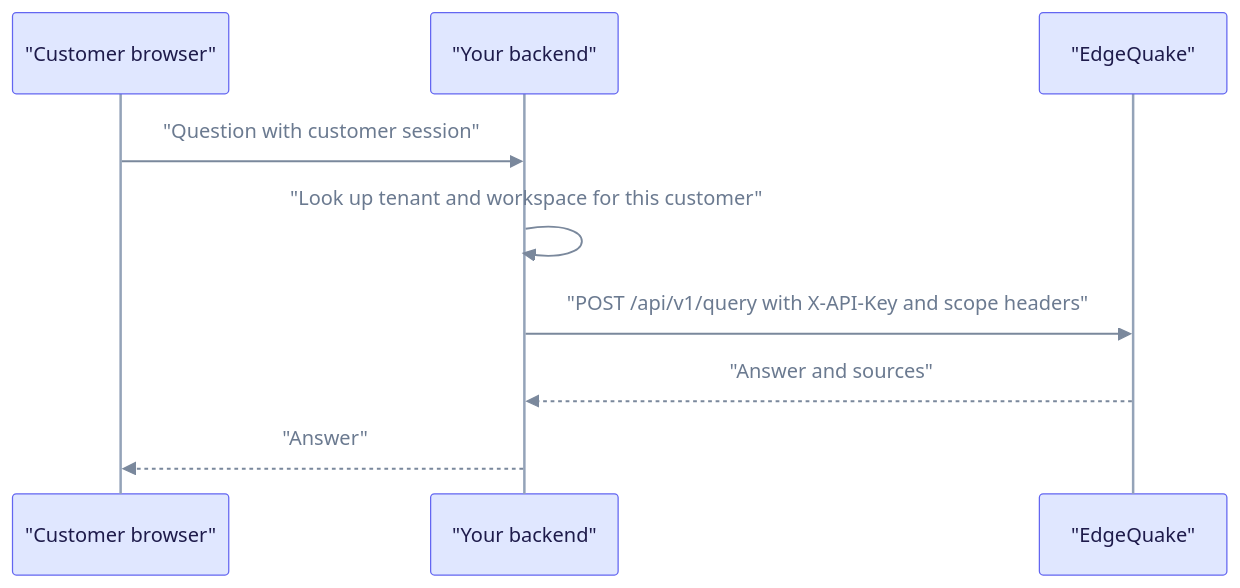
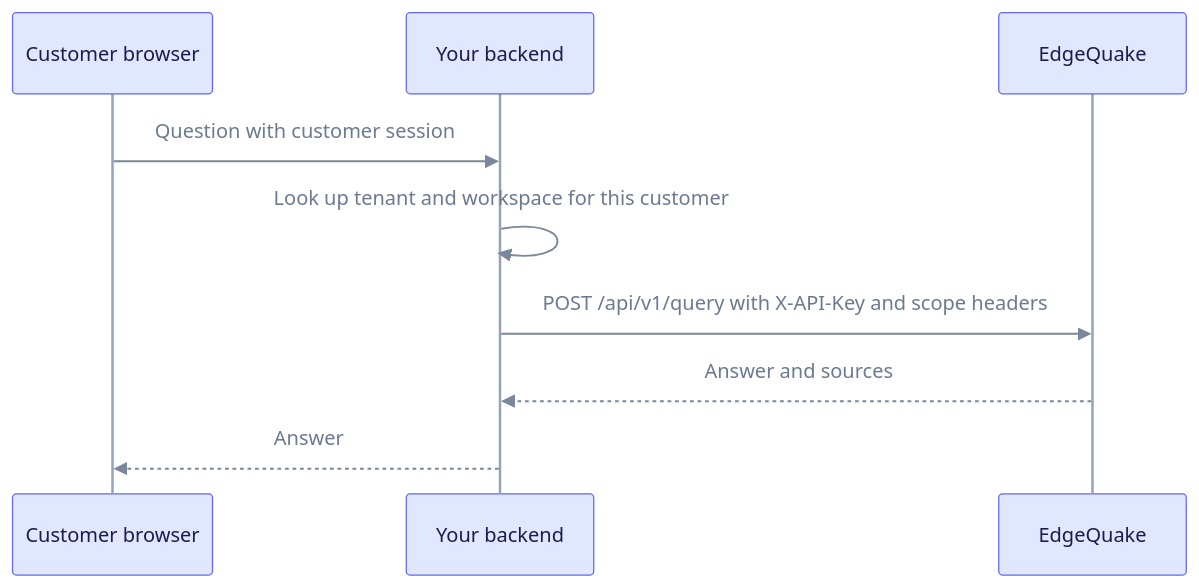
The fourth of 4 diagrams in docs/tutorials/multi-tenant.md (raphaelmansuy/edgequake), drawn with Mermaid before and after one commit. The commit also changed other lines of this file and 194 other files, not shown here.

First line of the commit message:
Refresh docs against code and rebuild schema E/R as progressive steps

````diff
--- a/docs/tutorials/multi-tenant.md
+++ b/docs/tutorials/multi-tenant.md
@@ -202,13 +206,13 @@
 ```mermaid
 %%{init: {"theme":"base","themeVariables":{"primaryColor":"#E0E7FF","primaryBorderColor":"#6366F1","primaryTextColor":"#1E1B4B","secondaryColor":"#D1FAE5","secondaryBorderColor":"#10B981","secondaryTextColor":"#064E3B","tertiaryColor":"#FEF3C7","tertiaryBorderColor":"#F59E0B","tertiaryTextColor":"#6B7A90","lineColor":"#7A889C","clusterBkg":"rgba(99,102,241,0.07)","clusterBorder":"#A5B4FC","noteBkgColor":"#FEF9C3","noteTextColor":"#422006","textColor":"#6B7A90","titleColor":"#6B7A90","signalColor":"#7A889C","signalTextColor":"#6B7A90","loopTextColor":"#6B7A90","edgeLabelBackground":"#F1F5F9","actorLineColor":"#94A3B8"}}}%%
 %% eq-theme:v1
 sequenceDiagram
-  participant U as "Customer browser"
-  participant B as "Your backend"
-  participant E as "EdgeQuake"
-  U->>B: "Question with customer session"
-  B->>B: "Look up tenant and workspace for this customer"
-  B->>E: "POST /api/v1/query with X-API-Key and scope headers"
-  E-->>B: "Answer and sources"
-  B-->>U: "Answer"
+  participant U as Customer browser
+  participant B as Your backend
+  participant E as EdgeQuake
+  U->>B: Question with customer session
+  B->>B: Look up tenant and workspace for this customer
+  B->>E: POST /api/v1/query with X-API-Key and scope headers
+  E-->>B: Answer and sources
+  B-->>U: Answer
 ```
````
